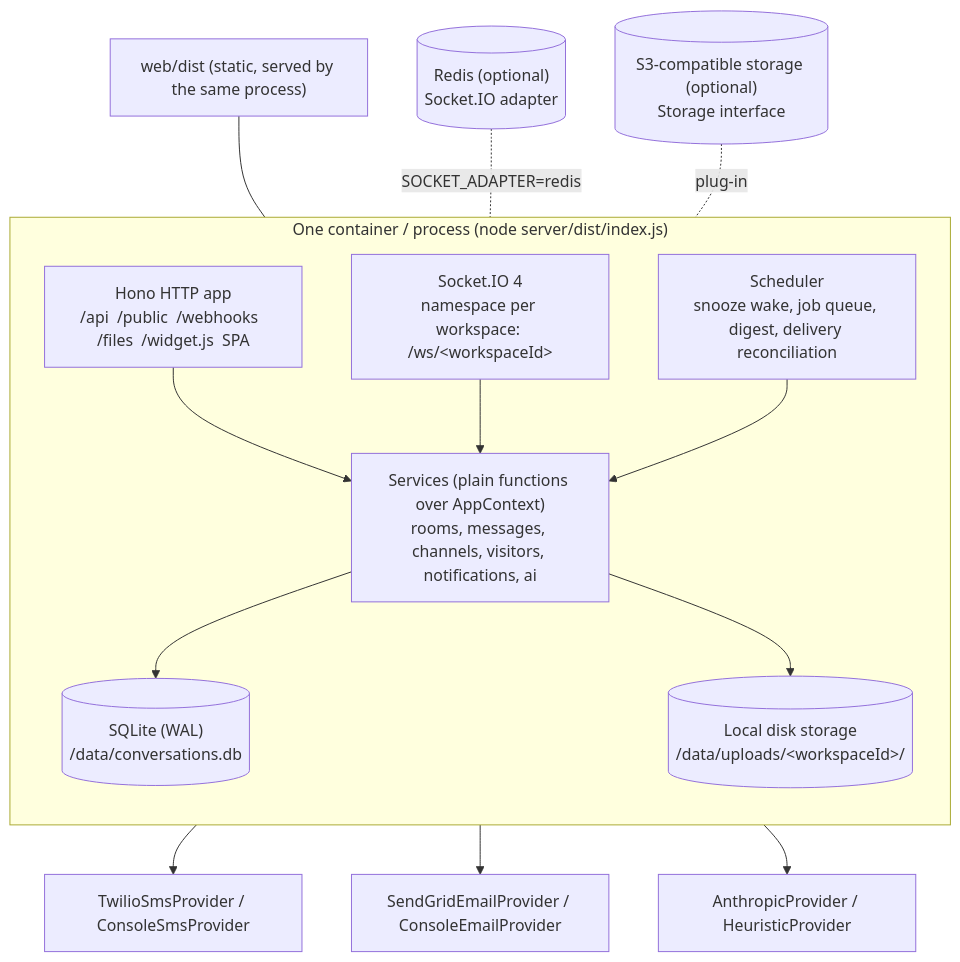
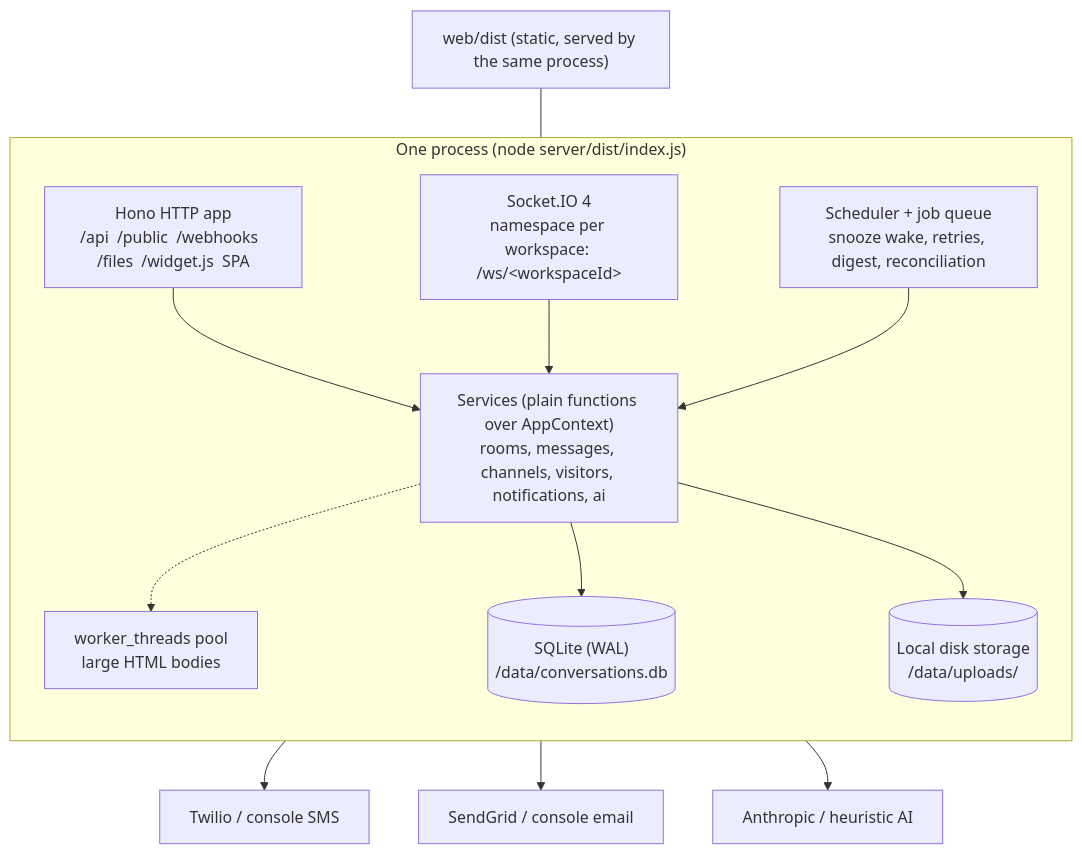
The second of 9 diagrams in docs/ARCHITECTURE.md (VaibhavBansal26/conversations), drawn with Mermaid before and after one commit. The commit also changed other lines of this file and 45 other files, not shown here.

````diff
--- a/docs/ARCHITECTURE.md
+++ b/docs/ARCHITECTURE.md
@@ -34,21 +38,21 @@
 ```mermaid
 flowchart TB
-  subgraph host["One container / process  (node server/dist/index.js)"]
+  subgraph host["One process  (node server/dist/index.js)"]
     direction TB
     http["Hono HTTP app<br/>/api  /public  /webhooks  /files  /widget.js  SPA"]
     sio["Socket.IO 4<br/>namespace per workspace: /ws/&lt;workspaceId&gt;"]
     svc["Services (plain functions over AppContext)<br/>rooms, messages, channels, visitors, notifications, ai"]
-    jobs["Scheduler<br/>snooze wake, job queue, digest, delivery reconciliation"]
+    jobs["Scheduler + job queue<br/>snooze wake, retries, digest, reconciliation"]
+    pool["worker_threads pool<br/>large HTML bodies"]
     http --> svc
     sio --> svc
     jobs --> svc
+    svc -.-> pool
     svc --> db[("SQLite (WAL)<br/>/data/conversations.db")]
-    svc --> files[("Local disk storage<br/>/data/uploads/&lt;workspaceId&gt;/")]
+    svc --> files[("Local disk storage<br/>/data/uploads/")]
   end
   web["web/dist (static, served by the same process)"] --- http
-  redis[("Redis (optional)<br/>Socket.IO adapter")] -. "SOCKET_ADAPTER=redis" .- sio
-  s3[("S3-compatible storage (optional)<br/>Storage interface")] -. "plug-in" .- files
-  svc --> twilio["TwilioSmsProvider / ConsoleSmsProvider"]
-  svc --> sg["SendGridEmailProvider / ConsoleEmailProvider"]
-  svc --> llm["AnthropicProvider / HeuristicProvider"]
+  svc --> twilio["Twilio / console SMS"]
+  svc --> sg["SendGrid / console email"]
+  svc --> llm["Anthropic / heuristic AI"]
 ```
````
